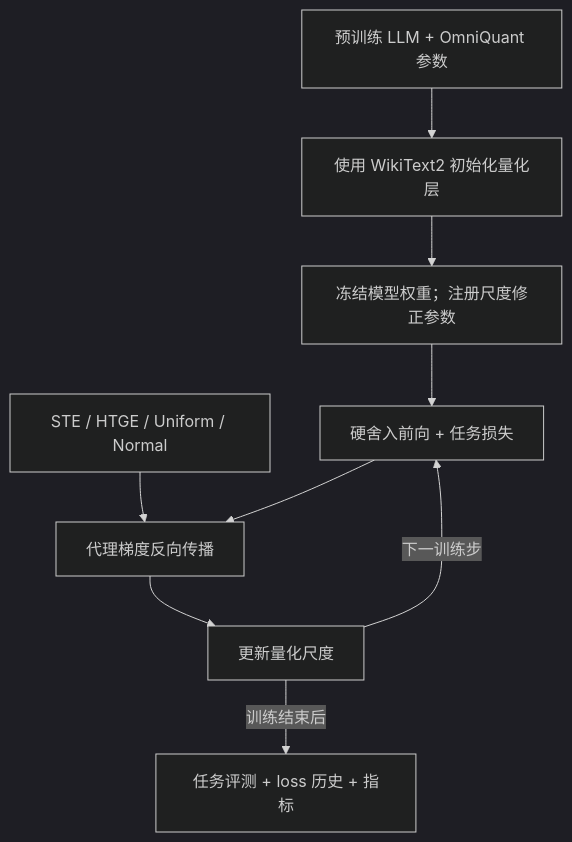
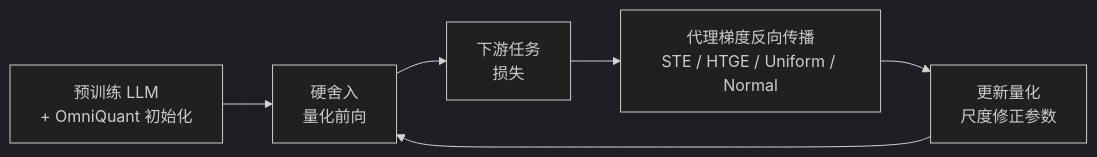
The diagram in README_zh.md (wangwk699/ZOE_Grad), drawn with Mermaid (dark theme) before and after one commit. The commit also changed other lines of this file and 1 other file, not shown here.

````diff
--- a/README_zh.md
+++ b/README_zh.md
@@ -47,11 +11,8 @@
 ```mermaid
-flowchart TD
-    A["预训练 LLM + OmniQuant 参数"] --> B["使用 WikiText2 初始化量化层"]
-    B --> C["冻结模型权重；注册尺度修正参数"]
-    C --> D["硬舍入前向 + 任务损失"]
-    M["STE / HTGE / Uniform / Normal"] --> E["代理梯度反向传播"]
-    D --> E
-    E --> F["更新量化尺度"]
-    F -->|"下一训练步"| D
-    F -->|"训练结束后"| G["任务评测 + loss 历史 + 指标"]
+flowchart LR
+    A["预训练 LLM<br/>+ OmniQuant 初始化"] --> B["硬舍入<br/>量化前向"]
+    B --> C["下游任务<br/>损失"]
+    C --> D["代理梯度反向传播<br/>STE / HTGE / Uniform / Normal"]
+    D --> E["更新量化<br/>尺度修正参数"]
+    E --> B
 ```
````
